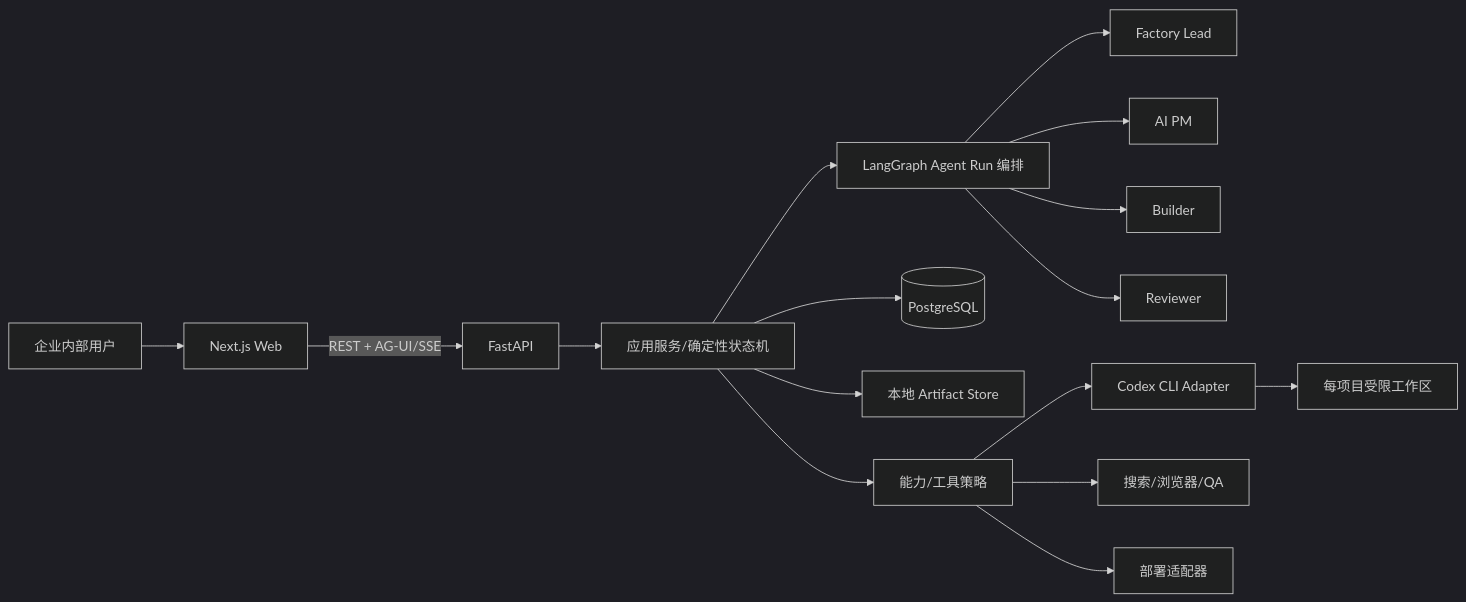
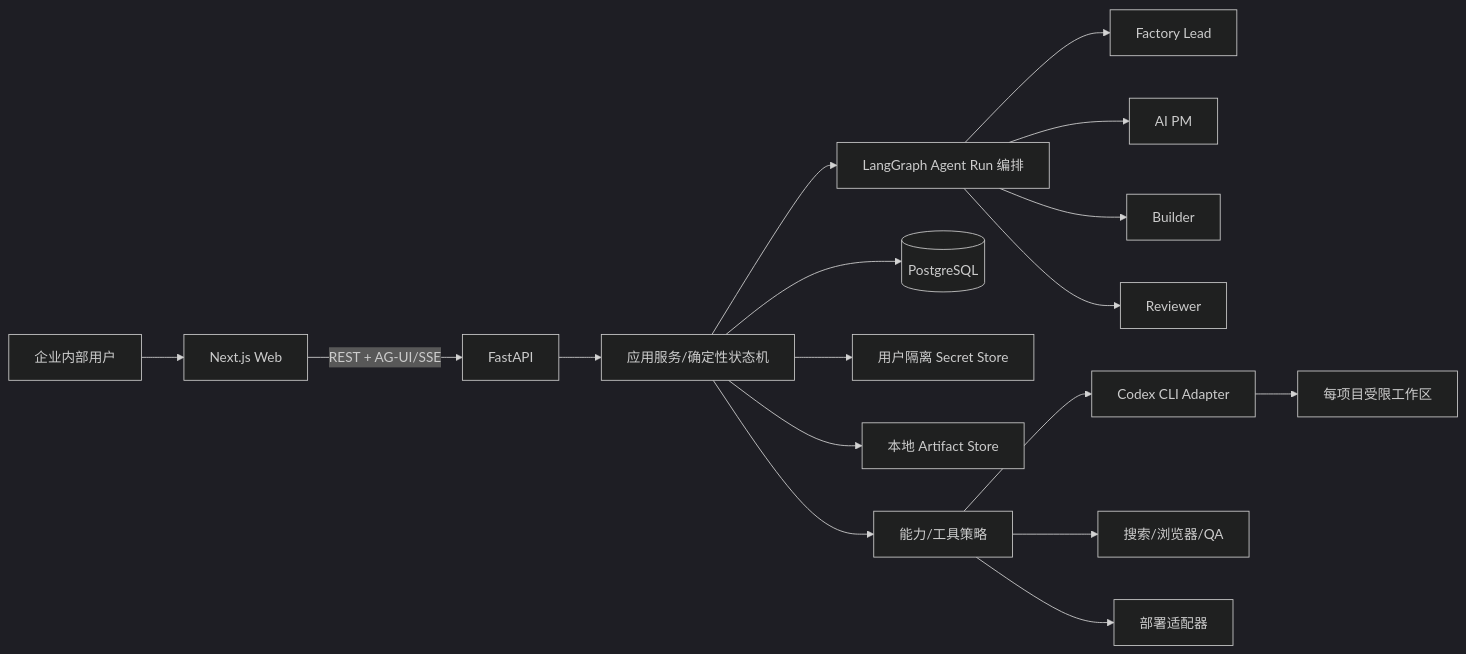
Before and after one commit to HiWhaleW/product-factory-agent: the diagram in docs/architecture.md, drawn with Mermaid (dark theme). The commit also changed other lines of this file and 149 other files, not shown here.

````diff
--- a/docs/architecture.md
+++ b/docs/architecture.md
@@ -18,18 +20,19 @@
 ```mermaid
 flowchart LR
     U[企业内部用户] --> WEB[Next.js Web]
     WEB -->|REST + AG-UI/SSE| API[FastAPI]
     API --> APP[应用服务/确定性状态机]
     APP --> GRAPH[LangGraph Agent Run 编排]
     GRAPH --> LEAD[Factory Lead]
     GRAPH --> PM[AI PM]
     GRAPH --> BUILD[Builder]
     GRAPH --> REVIEW[Reviewer]
     APP --> PG[(PostgreSQL)]
+    APP --> SECRET[用户隔离 Secret Store]
     APP --> ART[本地 Artifact Store]
     APP --> CAP[能力/工具策略]
     CAP --> CODEX[Codex CLI Adapter]
     CAP --> BROWSER[搜索/浏览器/QA]
     CAP --> DEPLOY[部署适配器]
     CODEX --> WS[每项目受限工作区]
 ```
````
